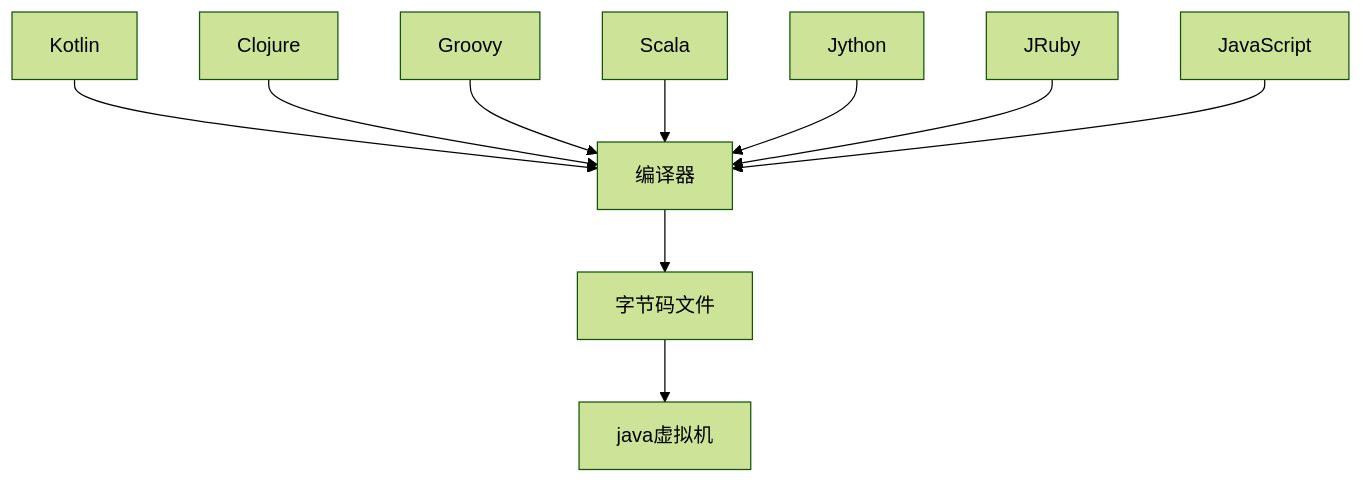
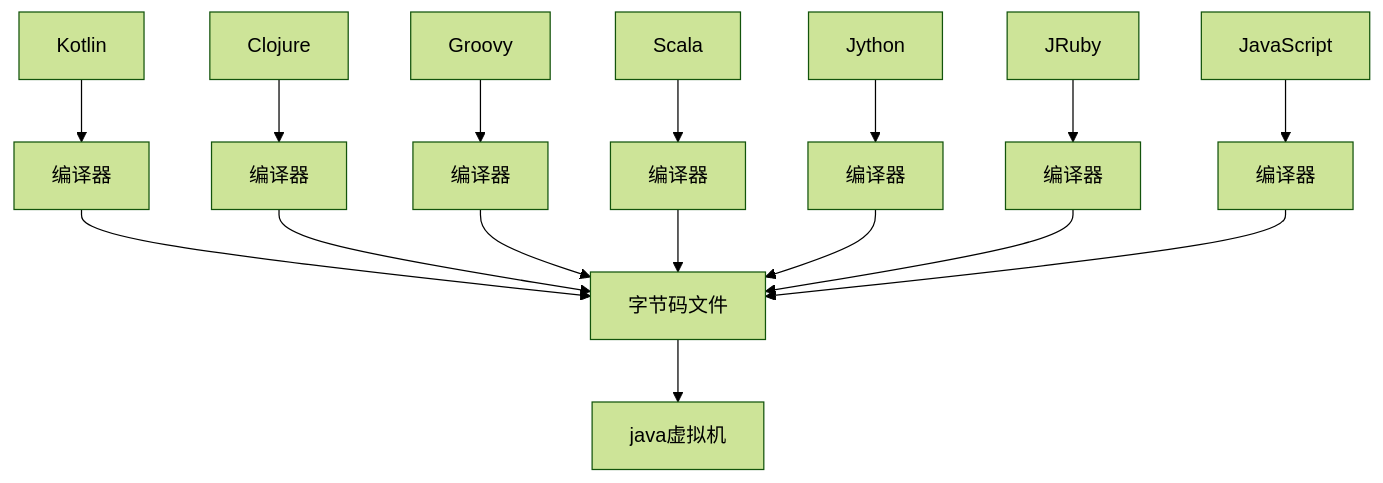
The first of 7 diagrams in docs/java/JVM.md (Meinil/Meinil.github.io), drawn with Mermaid (forest theme) before and after one commit. The commit also changed other lines of this file and 1 other file, not shown here.

````diff
--- a/docs/java/JVM.md
+++ b/docs/java/JVM.md
@@ -15,12 +15,18 @@
 ```mermaid
 graph TD
 Kotlin --> C[编译器]
-Clojure --> C
-Groovy --> C
-Scala --> C
-Jython --> C
-JRuby --> C
-JavaScript --> C
-C --> 字节码文件
-字节码文件 --> java虚拟机
+Clojure --> D[编译器]
+Groovy --> E[编译器]
+Scala --> F[编译器]
+Jython --> G[编译器]
+JRuby --> H[编译器]
+JavaScript --> I[编译器]
+C --> K[字节码文件]
+D --> K
+E --> K
+F --> K
+G --> K
+H --> K
+I --> K
+K --> java虚拟机
 ```
````
